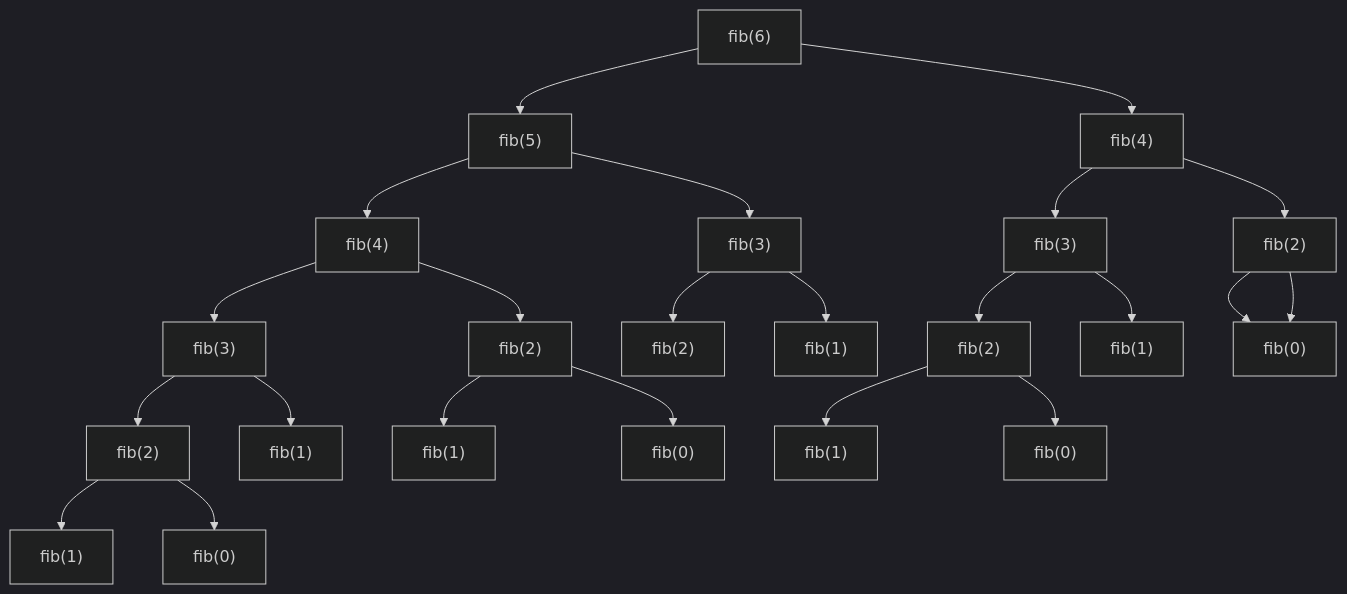
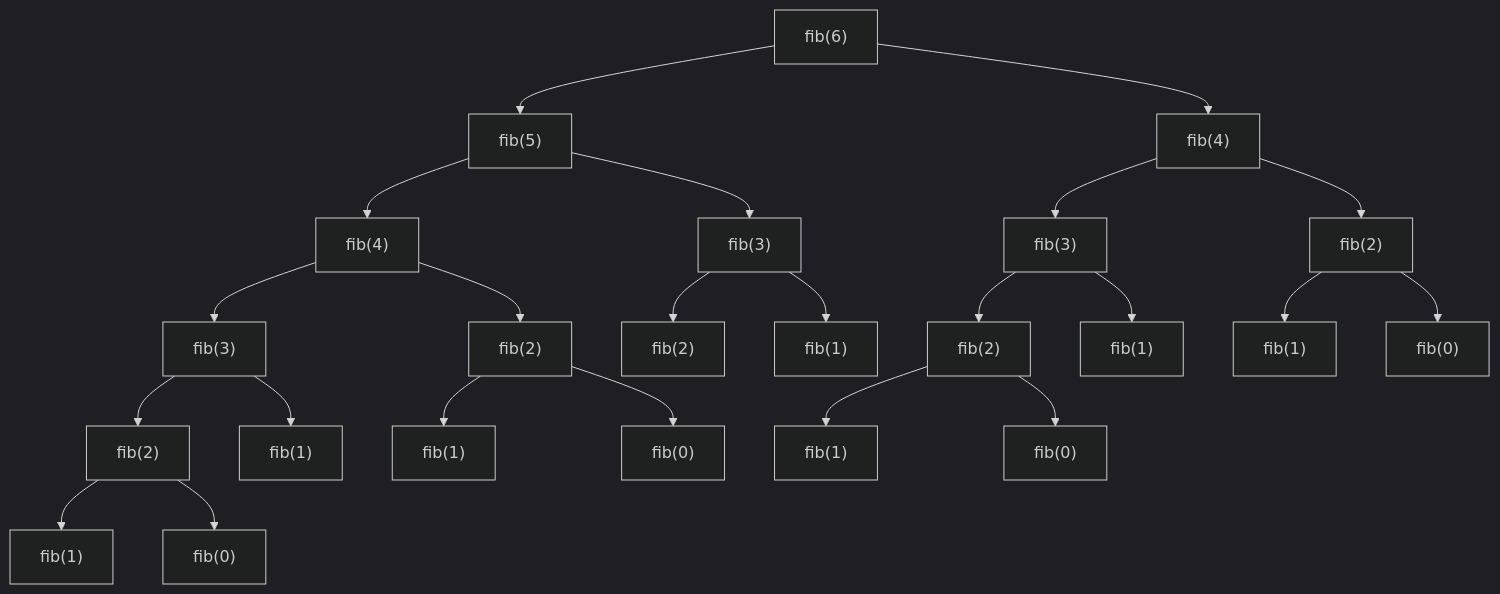
The second of 2 diagrams in _posts/2018-12-29-ayoayo.md (raganwald/raganwald.github.com), drawn with Mermaid (dark theme) before and after one commit.

```diff
--- a/_posts/2018-12-29-ayoayo.md
+++ b/_posts/2018-12-29-ayoayo.md
@@ -1340,29 +1340,29 @@
 <div class="mermaid">
   graph TD
     six["fib(6)"] --> six5["fib(5)"]
     six           --> six4["fib(4)"]
 
     six5          --> six54["fib(4)"]
     six5          --> six53["fib(3)"]
     six4          --> six43["fib(3)"]
     six4          --> six42["fib(2)"]
 
     six54         --> six543["fib(3)"]
     six54         --> six542["fib(2)"]
     six53         --> six532["fib(2)"]
     six53         --> six531["fib(1)"]
     six43         --> six432["fib(2)"]
     six43         --> six431["fib(1)"]
     six42         --> six421["fib(1)"]
-    six42         --> six421["fib(0)"]
+    six42         --> six420["fib(0)"]
 
     six543        --> six5432["fib(2)"]
     six543        --> six5431["fib(1)"]
     six542        --> six5421["fib(1)"]
     six542        --> six5420["fib(0)"]
     six432        --> six4321["fib(1)"]
     six432        --> six4320["fib(0)"]
 
     six5432       --> six54321["fib(1)"]
     six5432       --> six54320["fib(0)"]
 </div>
```
